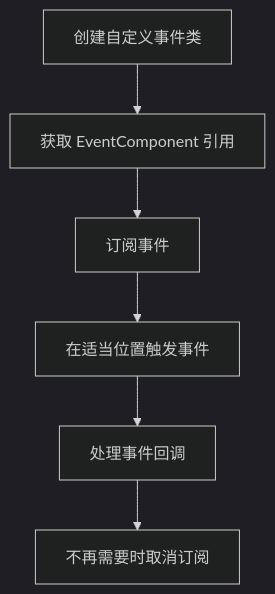
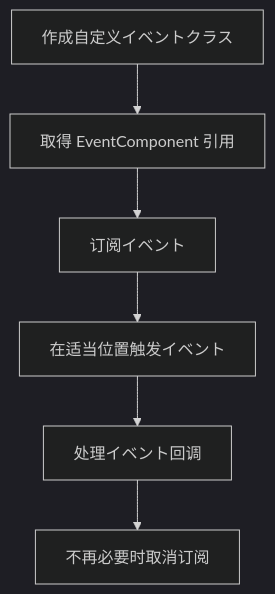
Before and after one commit to AlianBlank/GameFrameX.Docs: the diagram in docs/ja/client/unity/component/event/03.getting-started.md, drawn with Mermaid (dark theme). The commit also changed other lines of this file and 603 other files, not shown here.

````diff
--- a/docs/ja/client/unity/component/event/03.getting-started.md
+++ b/docs/ja/client/unity/component/event/03.getting-started.md
@@ -23,8 +23,8 @@
 ```mermaid
 flowchart TD
-    A[创建自定义事件类] --> B[获取 EventComponent 引用]
-    B --> C[订阅事件]
-    C --> D[在适当位置触发事件]
-    D --> E[处理事件回调]
-    E --> F[不再需要时取消订阅]
+    A[作成自定义イベントクラス] --> B[取得 EventComponent 引用]
+    B --> C[订阅イベント]
+    C --> D[在适当位置触发イベント]
+    D --> E[处理イベント回调]
+    E --> F[不再必要时取消订阅]
 ```
````
